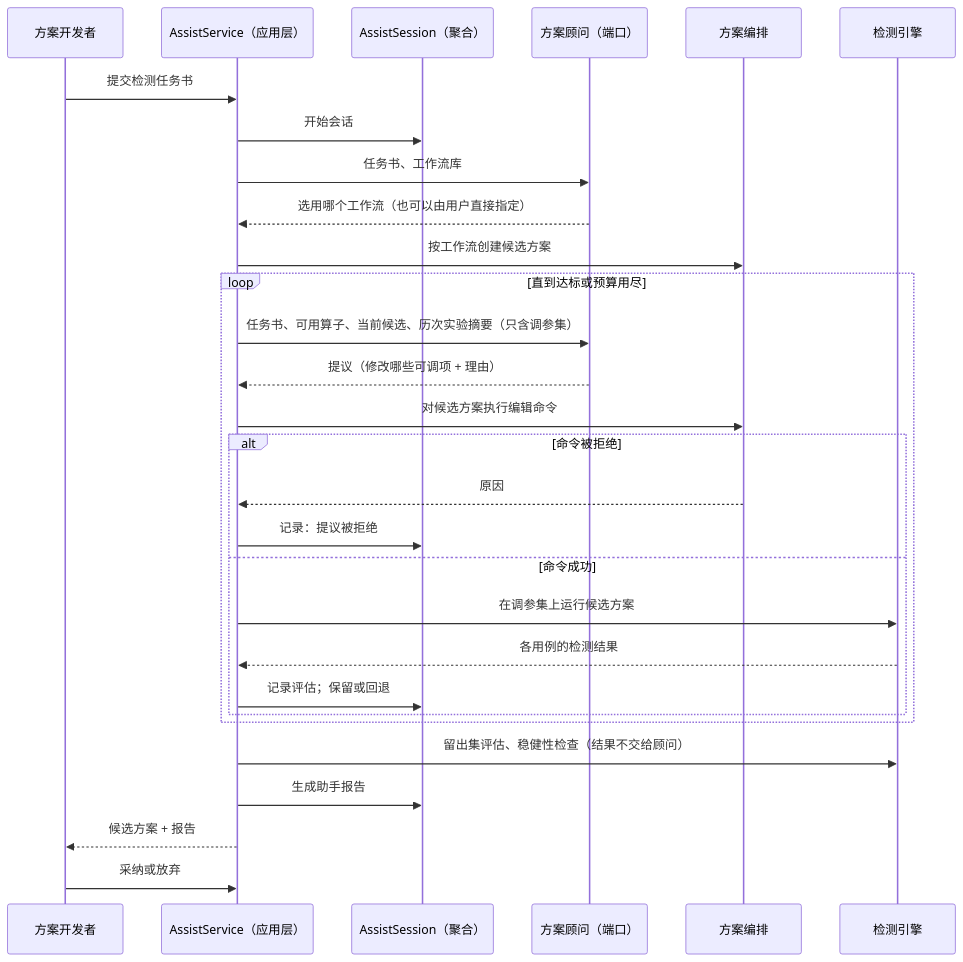
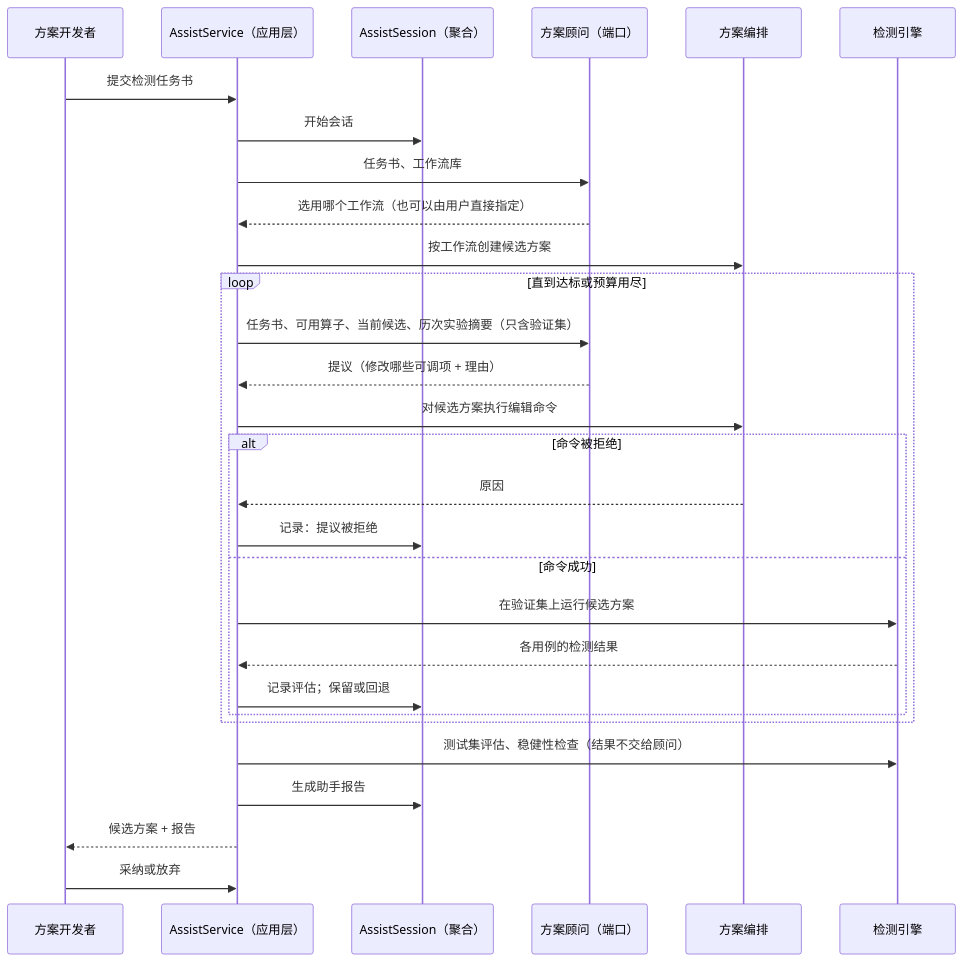
One commit to lijilin12-coder/vision-platform changed the second of 2 diagrams in docs/ddd/07-recipe-assistant.md. Above: the diagram before and after it, drawn with Mermaid. The commit also changed other lines of this file and 7 other files, not shown here.

````diff
--- a/docs/ddd/07-recipe-assistant.md
+++ b/docs/ddd/07-recipe-assistant.md
@@ -260,32 +260,32 @@
 ```mermaid
 sequenceDiagram
     participant D as 方案开发者
     participant A as AssistService（应用层）
     participant S as AssistSession（聚合）
     participant V as 方案顾问（端口）
     participant E as 方案编排
     participant X as 检测引擎
 
     D->>A: 提交检测任务书
     A->>S: 开始会话
     A->>V: 任务书、工作流库
     V-->>A: 选用哪个工作流（也可以由用户直接指定）
     A->>E: 按工作流创建候选方案
     loop 直到达标或预算用尽
-        A->>V: 任务书、可用算子、当前候选、历次实验摘要（只含调参集）
+        A->>V: 任务书、可用算子、当前候选、历次实验摘要（只含验证集）
         V-->>A: 提议（修改哪些可调项 + 理由）
         A->>E: 对候选方案执行编辑命令
         alt 命令被拒绝
             E-->>A: 原因
             A->>S: 记录：提议被拒绝
         else 命令成功
-            A->>X: 在调参集上运行候选方案
+            A->>X: 在验证集上运行候选方案
             X-->>A: 各用例的检测结果
             A->>S: 记录评估；保留或回退
         end
     end
-    A->>X: 留出集评估、稳健性检查（结果不交给顾问）
+    A->>X: 测试集评估、稳健性检查（结果不交给顾问）
     A->>S: 生成助手报告
     A-->>D: 候选方案 + 报告
     D->>A: 采纳或放弃
 ```
````
